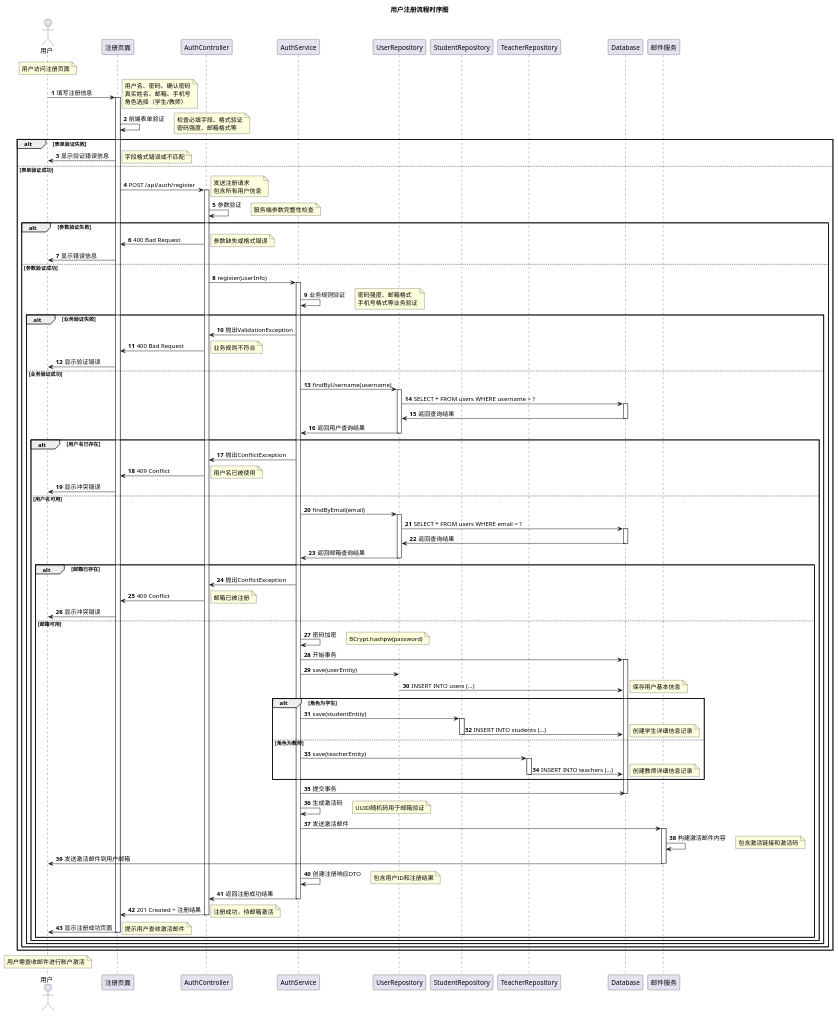
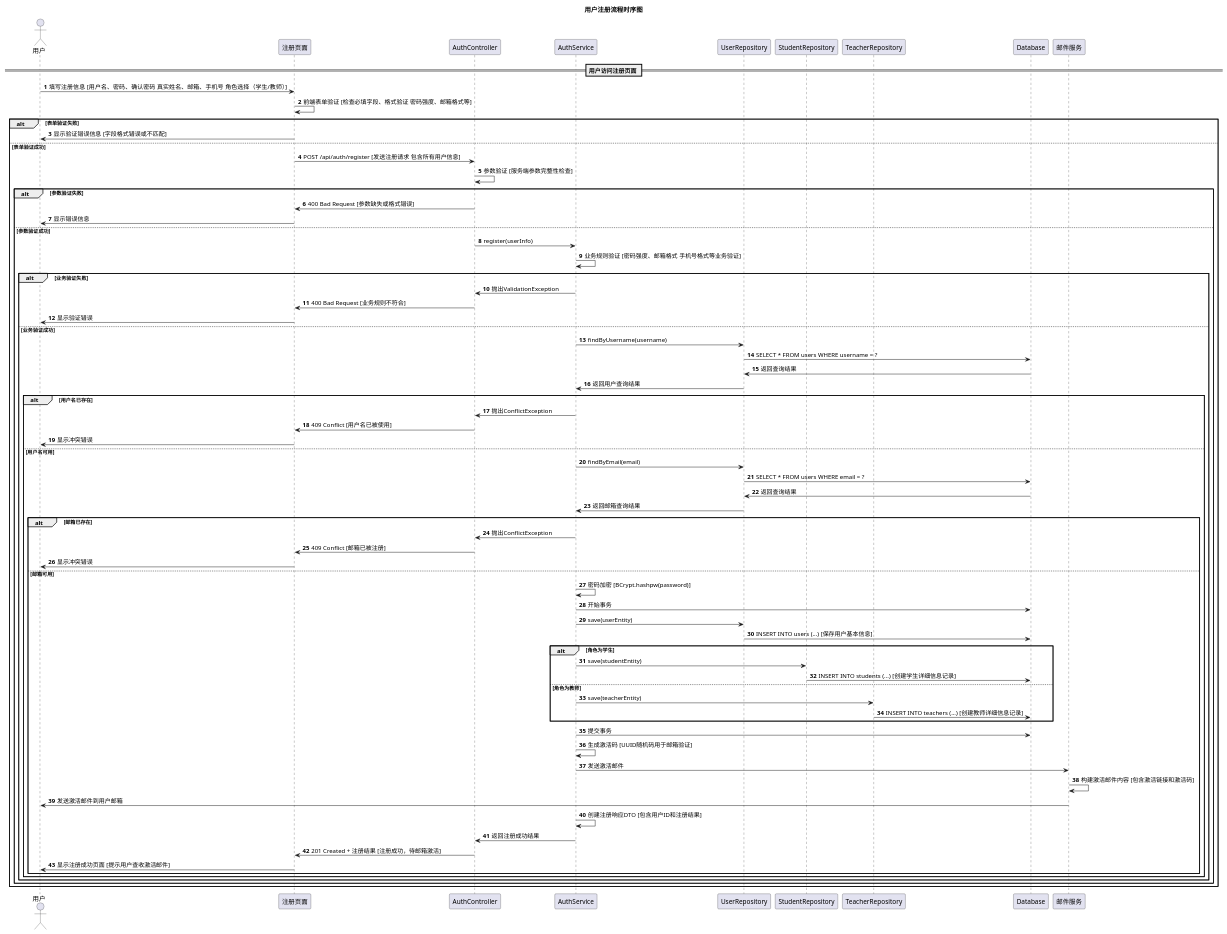
One commit to lingxiao001/CourseSchedule changed the diagram in diagram/类图和时序图/详细功能时序图/通用模块/02_用户注册时序图.puml. Above: the diagram before and after it, drawn with PlantUML. The commit also changed 95 other files, not shown here.

Commit message:
draw many many diagram

```diff
--- a/diagram/类图和时序图/详细功能时序图/通用模块/02_用户注册时序图.puml
+++ b/diagram/类图和时序图/详细功能时序图/通用模块/02_用户注册时序图.puml
@@ -1,145 +1,88 @@
 @startuml 用户注册时序图
 title 用户注册流程时序图
 
 actor 用户 as U
 participant "注册页面" as RP
 participant "AuthController" as AC
 participant "AuthService" as AS
 participant "UserRepository" as UR
 participant "StudentRepository" as SR
 participant "TeacherRepository" as TR
 participant "Database" as DB
 participant "邮件服务" as ES
 
 autonumber
 
-note over U: 用户访问注册页面
-
-U -> RP: 填写注册信息
-activate RP
-note right: 用户名、密码、确认密码\n真实姓名、邮箱、手机号\n角色选择（学生/教师）
-
-RP -> RP: 前端表单验证
-note right: 检查必填字段、格式验证\n密码强度、邮箱格式等
+== 用户访问注册页面 ==
+U -> RP: 填写注册信息 [用户名、密码、确认密码 真实姓名、邮箱、手机号 角色选择（学生/教师）]
+RP -> RP: 前端表单验证 [检查必填字段、格式验证 密码强度、邮箱格式等]
 
 alt 表单验证失败
-    RP -> U: 显示验证错误信息
-    note right: 字段格式错误或不匹配
+    RP -> U: 显示验证错误信息 [字段格式错误或不匹配]
 else 表单验证成功
-    RP -> AC: POST /api/auth/register
-    activate AC
-    note right: 发送注册请求\n包含所有用户信息
-    
-    AC -> AC: 参数验证
-    note right: 服务端参数完整性检查
+    RP -> AC: POST /api/auth/register [发送注册请求 包含所有用户信息]
+    AC -> AC: 参数验证 [服务端参数完整性检查]
     
     alt 参数验证失败
-        AC -> RP: 400 Bad Request
-        note right: 参数缺失或格式错误
+        AC -> RP: 400 Bad Request [参数缺失或格式错误]
         RP -> U: 显示错误信息
     else 参数验证成功
         AC -> AS: register(userInfo)
-        activate AS
-        
-        AS -> AS: 业务规则验证
-        note right: 密码强度、邮箱格式\n手机号格式等业务验证
+        AS -> AS: 业务规则验证 [密码强度、邮箱格式 手机号格式等业务验证]
         
         alt 业务验证失败
             AS -> AC: 抛出ValidationException
-            AC -> RP: 400 Bad Request
-            note right: 业务规则不符合
+            AC -> RP: 400 Bad Request [业务规则不符合]
             RP -> U: 显示验证错误
         else 业务验证成功
             AS -> UR: findByUsername(username)
-            activate UR
-            
             UR -> DB: SELECT * FROM users WHERE username = ?
-            activate DB
             DB -> UR: 返回查询结果
-            deactivate DB
-            
             UR -> AS: 返回用户查询结果
-            deactivate UR
             
             alt 用户名已存在
                 AS -> AC: 抛出ConflictException
-                AC -> RP: 409 Conflict
-                note right: 用户名已被使用
+                AC -> RP: 409 Conflict [用户名已被使用]
                 RP -> U: 显示冲突错误
             else 用户名可用
                 AS -> UR: findByEmail(email)
-                activate UR
-                
                 UR -> DB: SELECT * FROM users WHERE email = ?
-                activate DB
                 DB -> UR: 返回查询结果
-                deactivate DB
-                
                 UR -> AS: 返回邮箱查询结果
-                deactivate UR
                 
                 alt 邮箱已存在
                     AS -> AC: 抛出ConflictException
-                    AC -> RP: 409 Conflict
-                    note right: 邮箱已被注册
+                    AC -> RP: 409 Conflict [邮箱已被注册]
                     RP -> U: 显示冲突错误
                 else 邮箱可用
-                    AS -> AS: 密码加密
-                    note right: BCrypt.hashpw(password)
-                    
+                    AS -> AS: 密码加密 [BCrypt.hashpw(password)]
                     AS -> DB: 开始事务
-                    activate DB
-                    
                     AS -> UR: save(userEntity)
-                    UR -> DB: INSERT INTO users (...)
-                    note right: 保存用户基本信息
+                    UR -> DB: INSERT INTO users (...) [保存用户基本信息]
                     
                     alt 角色为学生
                         AS -> SR: save(studentEntity)
-                        activate SR
-                        SR -> DB: INSERT INTO students (...)
-                        note right: 创建学生详细信息记录
-                        deactivate SR
+                        SR -> DB: INSERT INTO students (...) [创建学生详细信息记录]
                     else 角色为教师  
                         AS -> TR: save(teacherEntity)
-                        activate TR
-                        TR -> DB: INSERT INTO teachers (...)
-                        note right: 创建教师详细信息记录
-                        deactivate TR
+                        TR -> DB: INSERT INTO teachers (...) [创建教师详细信息记录]
                     end
                     
                     AS -> DB: 提交事务
-                    deactivate DB
+                    AS -> AS: 生成激活码 [UUID随机码用于邮箱验证]
+                    AS -> ES: 发送激活邮件
+                    ES -> ES: 构建激活邮件内容 [包含激活链接和激活码]
+                    ES -> U: 发送激活邮件到用户邮箱
                     
-                    AS -> AS: 生成激活码
-                    note right: UUID随机码用于邮箱验证
+                    AS -> AS: 创建注册响应DTO [包含用户ID和注册结果]
+                    AS -> AC: 返回注册成功结果
+                    AC -> RP: 201 Created + 注册结果 [注册成功，待邮箱激活]
                     
-                    AS -> ES: 发送激活邮件
-                    activate ES
-                    ES -> ES: 构建激活邮件内容
-                    note right: 包含激活链接和激活码
-                    ES -> U: 发送激活邮件到用户邮箱
-                    deactivate ES
-                    
-                    AS -> AS: 创建注册响应DTO
-                    note right: 包含用户ID和注册结果
-                    
-                    AS -> AC: 返回注册成功结果
-                    deactivate AS
-                    
-                    AC -> RP: 201 Created + 注册结果
-                    deactivate AC
-                    note right: 注册成功，待邮箱激活
-                    
-                    RP -> U: 显示注册成功页面
-                    note right: 提示用户查收激活邮件
-                    deactivate RP
+                    RP -> U: 显示注册成功页面 [提示用户查收激活邮件]
                 end
             end
         end
     end
 end
 
-note over U: 用户需查收邮件进行账户激活
-
 @enduml 
```
